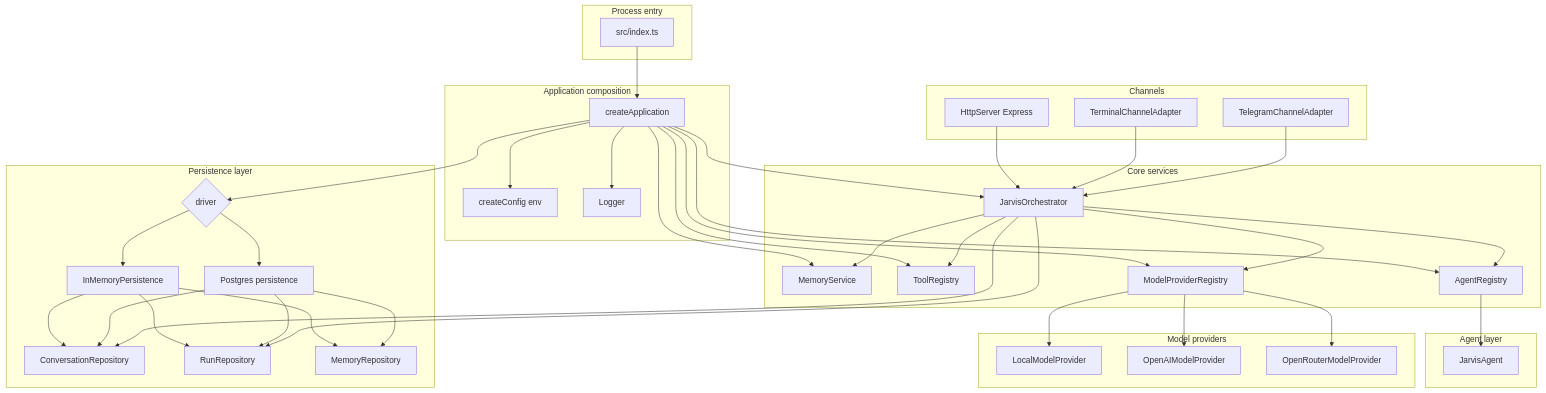
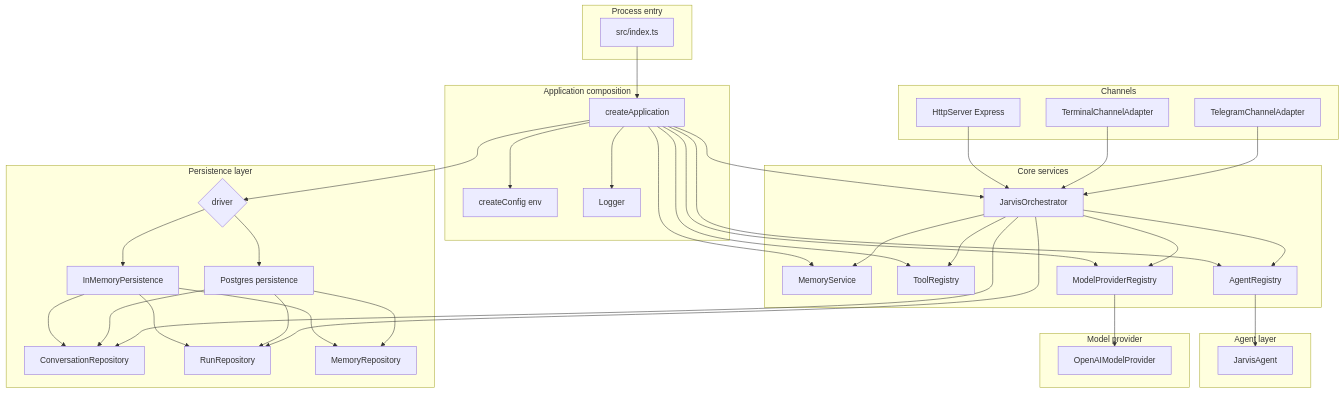
One commit to VishuThePlayer/jarvis changed the first of 2 diagrams in docs/JARVIS-ARCHITECTURE.md. Above: the diagram before and after it, drawn with Mermaid. The commit also changed other lines of this file and 10 other files, not shown here.

First line of the commit message:
Refactor model provider management and update documentation

````diff
--- a/docs/JARVIS-ARCHITECTURE.md
+++ b/docs/JARVIS-ARCHITECTURE.md
@@ -44,80 +44,76 @@
 ```mermaid
 flowchart TB
     subgraph entry [Process entry]
         Index[src/index.ts]
     end
 
     subgraph app [Application composition]
         CreateApp[createApplication]
         Config[createConfig env]
         Logger[Logger]
     end
 
     subgraph persistence [Persistence layer]
         Driver{driver}
         MemStore[InMemoryPersistence]
         PgStore[Postgres persistence]
         ConvRepo[ConversationRepository]
         RunRepo[RunRepository]
         MemRepo[MemoryRepository]
     end
 
     subgraph core [Core services]
         MemorySvc[MemoryService]
         Tools[ToolRegistry]
         Models[ModelProviderRegistry]
         Agents[AgentRegistry]
         Orchestrator[JarvisOrchestrator]
     end
 
     subgraph agents [Agent layer]
         JarvisAgent[JarvisAgent]
     end
 
-    subgraph llm [Model providers]
-        Local[LocalModelProvider]
+    subgraph llm [Model provider]
         OpenAI[OpenAIModelProvider]
-        OpenRouter[OpenRouterModelProvider]
     end
 
     subgraph channels [Channels]
         Http[HttpServer Express]
         Term[TerminalChannelAdapter]
         Tg[TelegramChannelAdapter]
     end
 
     Index --> CreateApp
     CreateApp --> Config
     CreateApp --> Logger
     CreateApp --> Driver
     Driver --> MemStore
     Driver --> PgStore
     MemStore --> ConvRepo
     MemStore --> RunRepo
     MemStore --> MemRepo
     PgStore --> ConvRepo
     PgStore --> RunRepo
     PgStore --> MemRepo
 
     CreateApp --> MemorySvc
     CreateApp --> Tools
     CreateApp --> Models
     CreateApp --> Agents
     CreateApp --> Orchestrator
 
     Agents --> JarvisAgent
-    Models --> Local
     Models --> OpenAI
-    Models --> OpenRouter
 
     Orchestrator --> ConvRepo
     Orchestrator --> RunRepo
     Orchestrator --> MemorySvc
     Orchestrator --> Tools
     Orchestrator --> Models
     Orchestrator --> Agents
 
     Http --> Orchestrator
     Term --> Orchestrator
     Tg --> Orchestrator
 ```
````
